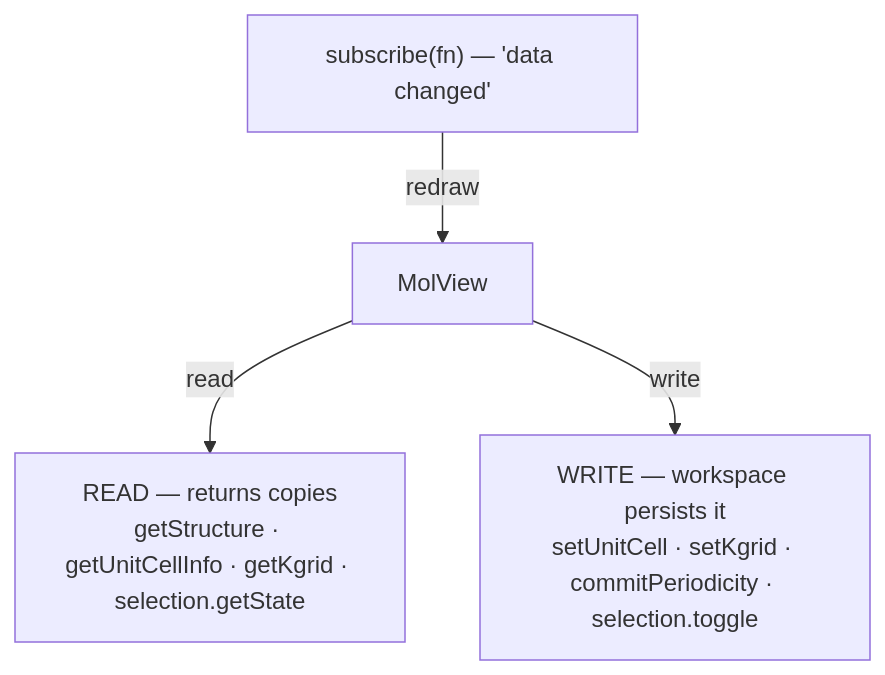
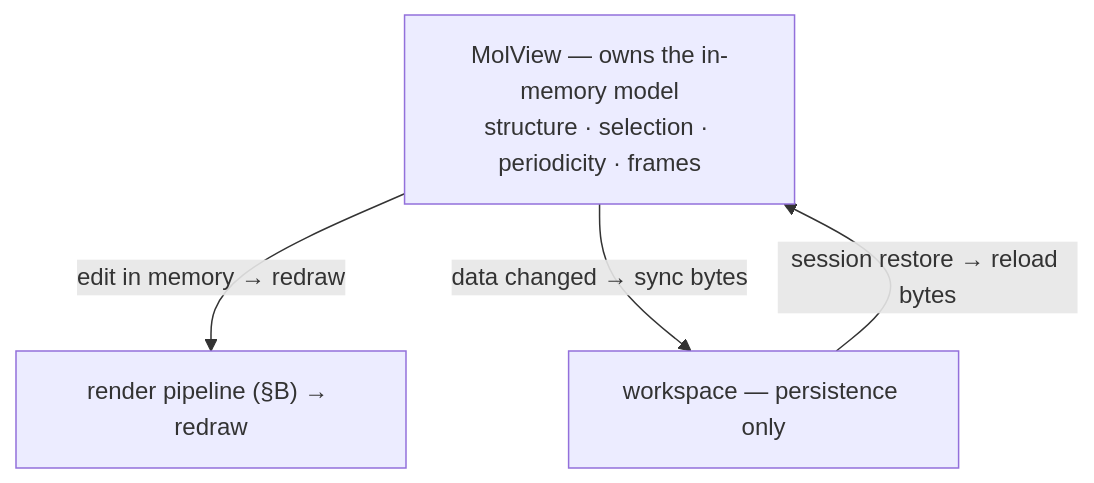
The third of 8 diagrams in docs/protocols/molview-module.md (Qing-LAB/molbuilder), drawn with Mermaid before and after one commit. The commit also changed other lines of this file and 34 other files, not shown here.

````diff
--- a/docs/protocols/molview-module.md
+++ b/docs/protocols/molview-module.md
@@ -74,10 +87,9 @@
 ```mermaid
 flowchart TD
-    MV["MolView"]
-    RD["READ — returns copies<br/>getStructure · getUnitCellInfo · getKgrid · selection.getState"]
-    WR["WRITE — workspace persists it<br/>setUnitCell · setKgrid · commitPeriodicity · selection.toggle"]
-    SUB["subscribe(fn) — 'data changed'"]
-    MV -->|read| RD
-    MV -->|write| WR
-    SUB -->|redraw| MV
+    MV["MolView — owns the in-memory model<br/>structure · selection · periodicity · frames"]
+    RENDER["render pipeline (§B) → redraw"]
+    WS["workspace — persistence only"]
+    MV -->|"edit in memory → redraw"| RENDER
+    MV -->|"data changed → sync bytes"| WS
+    WS -->|"session restore → reload bytes"| MV
 ```
````
